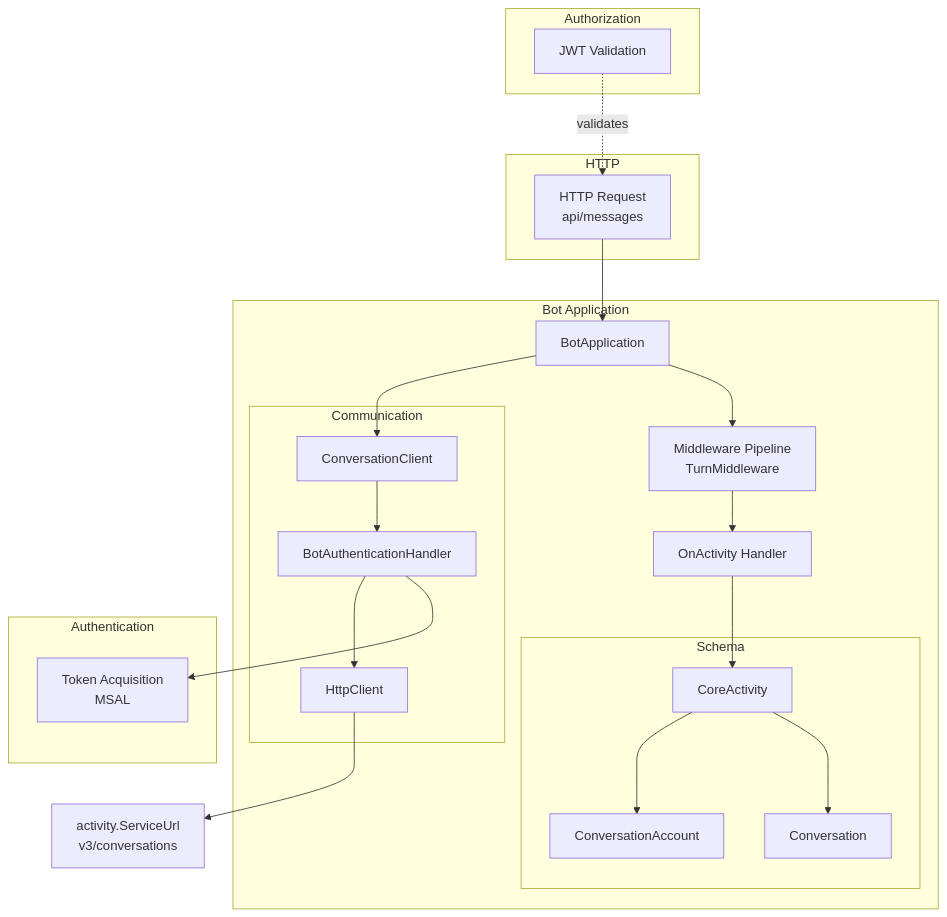
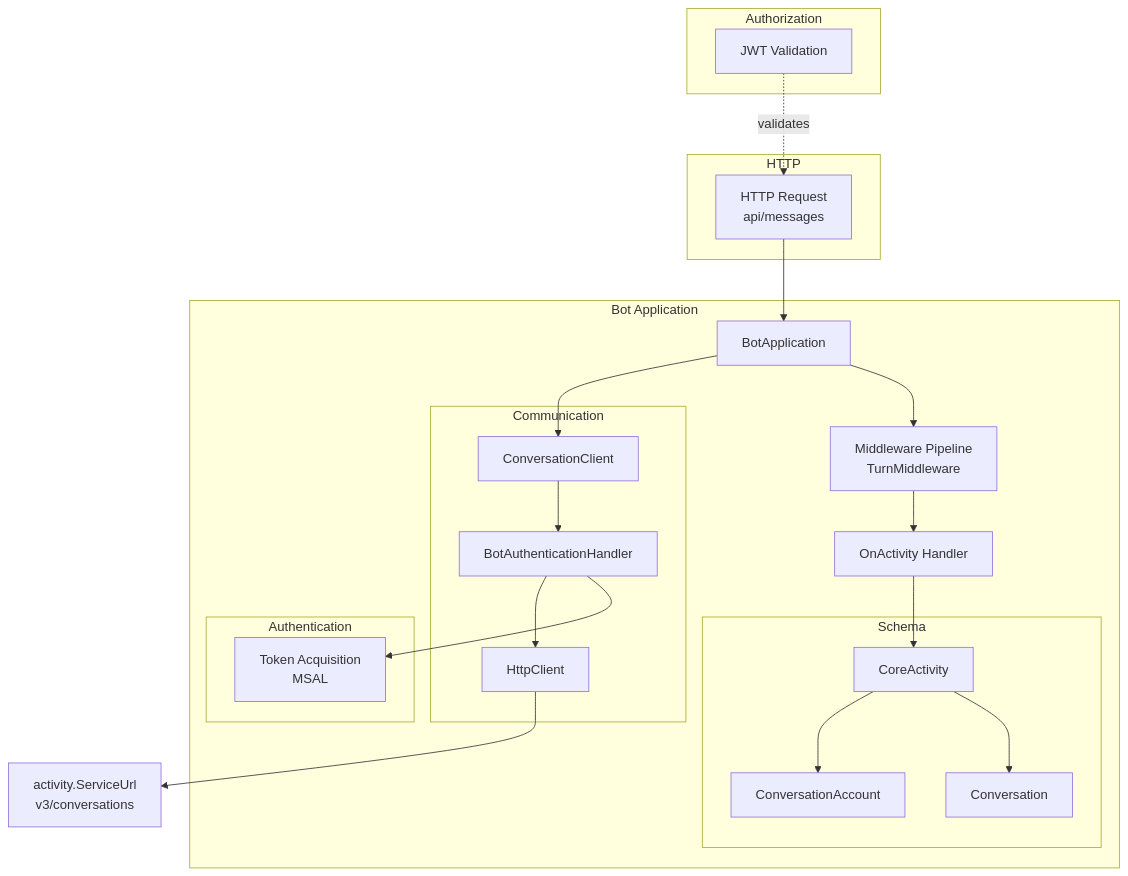
One commit to rido-min/teams.net changed the first of 6 diagrams in Architecture.md. Above: the diagram before and after it, drawn with Mermaid.

Commit message:
Move Authentication box inside Bot Application subgraph

````diff
--- a/Architecture.md
+++ b/Architecture.md
@@ -11,45 +11,45 @@
 ```mermaid
 graph TB
     subgraph "HTTP"
         HTTPReq[HTTP Request<br/>api/messages]
     end
     
     subgraph "Bot Application"
         BA[BotApplication]
         MW[Middleware Pipeline<br/>TurnMiddleware]
         Handler[OnActivity Handler]
         
         subgraph "Schema"
             Activity[CoreActivity]
             Conv[Conversation]
             Account[ConversationAccount]
         end
         
         subgraph "Communication"
             CC[ConversationClient]
             AuthHandler[BotAuthenticationHandler]
             HTTPClient[HttpClient]
         end
+        
+        subgraph "Authentication"
+            MSAL[Token Acquisition<br/>MSAL]
+        end
     end
     
     subgraph "Authorization"
         JWT[JWT Validation]
-    end
-    
-    subgraph "Authentication"
-        MSAL[Token Acquisition<br/>MSAL]
     end
     
     HTTPReq --> BA
     BA --> MW
     MW --> Handler
     Handler --> Activity
     Activity --> Conv
     Activity --> Account
     BA --> CC
     CC --> AuthHandler
     AuthHandler --> MSAL
     AuthHandler --> HTTPClient
     HTTPClient --> ServiceURL[activity.ServiceUrl<br/>v3/conversations]
     JWT -.validates.-> HTTPReq
 ```
````
